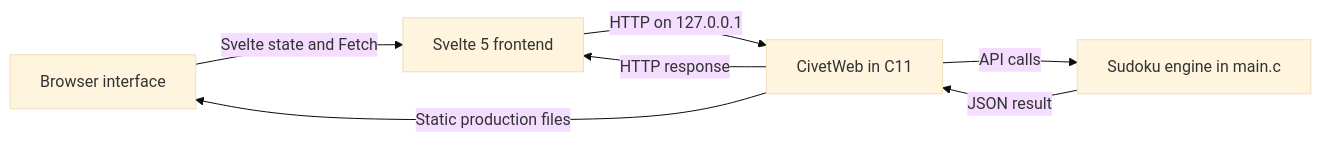
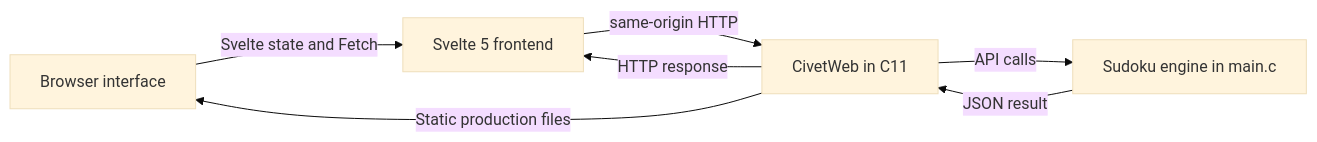
The diagram in README.md (thekrizan/sudoku-studio), drawn with Mermaid (base theme) before and after one commit. The commit also changed other lines of this file and 3 other files, not shown here.

````diff
--- a/README.md
+++ b/README.md
@@ -91,9 +91,9 @@
 ```mermaid
 flowchart LR
   Browser[Browser interface] -->|Svelte state and Fetch| Frontend[Svelte 5 frontend]
-  Frontend -->|HTTP on 127.0.0.1| Server[CivetWeb in C11]
+  Frontend -->|same-origin HTTP| Server[CivetWeb in C11]
   Server -->|API calls| Engine[Sudoku engine in main.c]
   Engine -->|JSON result| Server
   Server -->|HTTP response| Frontend
   Server -->|Static production files| Browser
 ```
````
